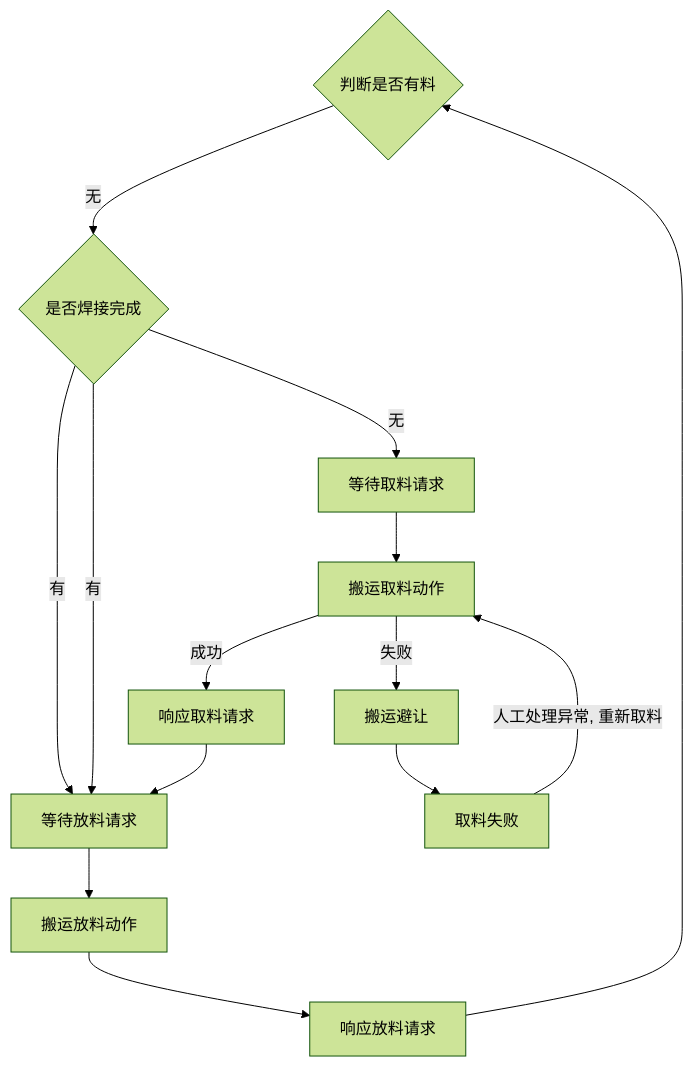
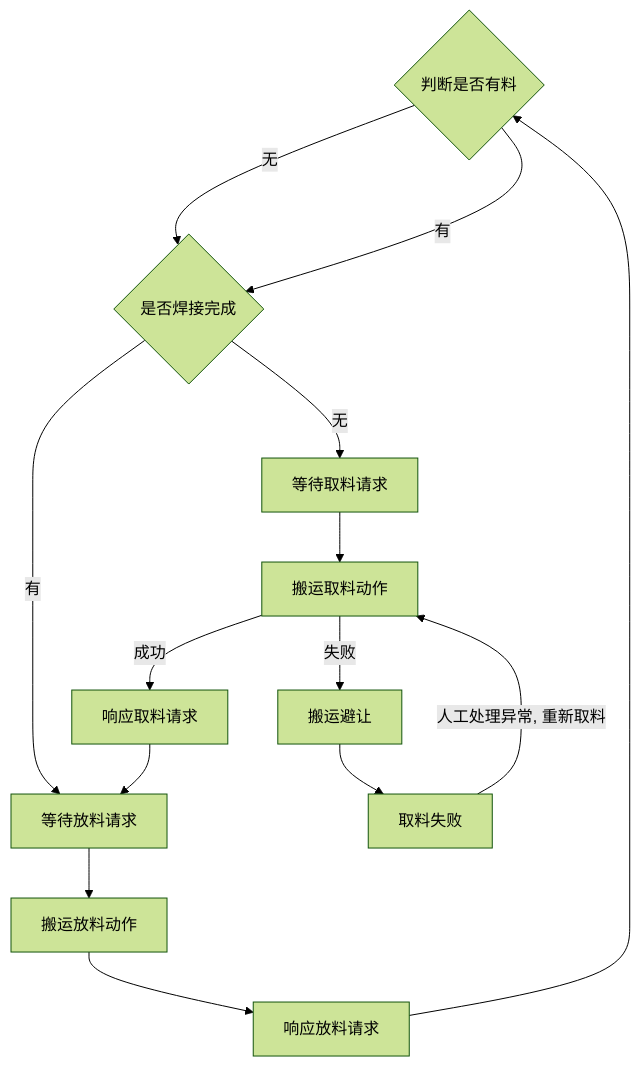
Before and after one commit to PengKun1/iodraw-files: the diagram in all/OP10 自动流程.md, drawn with Mermaid (forest theme).

Commit message:
2024-08-02 10:55:09 update

````diff
--- a/all/OP10 自动流程.md
+++ b/all/OP10 自动流程.md
@@ -1,18 +1,18 @@
 ```mermaid
 graph TD
 10{判断是否有料}-->|无|20
-20-->|有|60
+10-->|有|20
 20{是否焊接完成}-->|无|30
 20-->|有|60
 30[等待取料请求]-->40
 40[搬运取料动作]-->|成功|50
 40-->|失败|90
 50[响应取料请求]-->60
 60[等待放料请求]-->70
 70[搬运放料动作]-->80
 80[响应放料请求]-->10
 
 90[搬运避让]-->900
 
 900[取料失败]-->|人工处理异常, 重新取料|40
 ```
````
